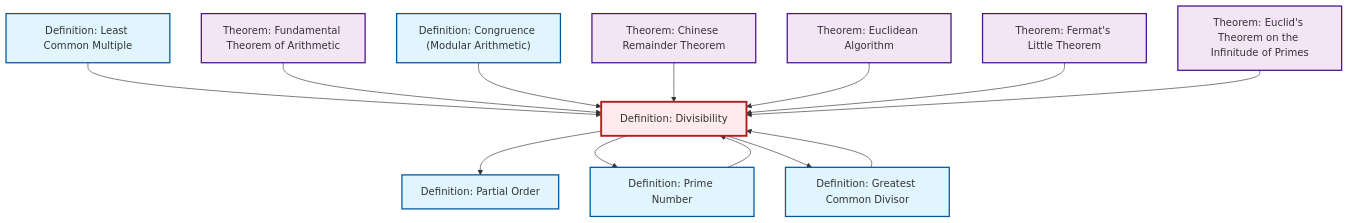
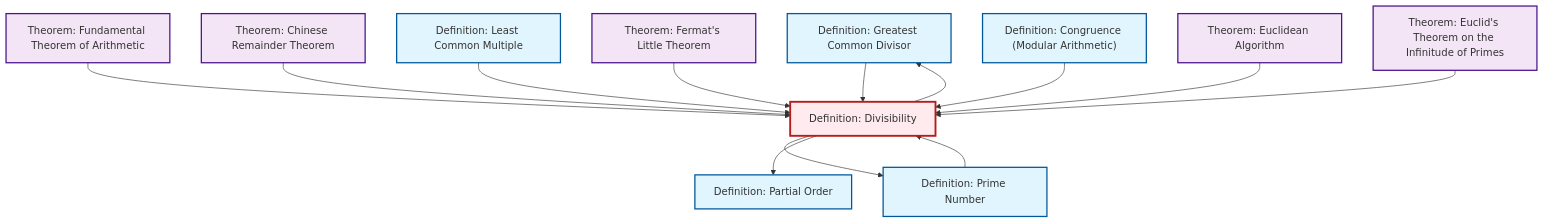
The diagram in content/en/number-theory/def-divisibility.qmd (RK0429/ModernMath), drawn with Mermaid before and after one commit. The commit also changed other lines of this file and 1012 other files, not shown here.

````diff
--- a/content/en/number-theory/def-divisibility.qmd
+++ b/content/en/number-theory/def-divisibility.qmd
@@ -88,43 +88,43 @@
 ```{mermaid}
 %%| fig-cap: "Local dependency graph"
 graph TD
     classDef definition fill:#e1f5fe,stroke:#01579b,stroke-width:2px
     classDef theorem fill:#f3e5f5,stroke:#4a148c,stroke-width:2px
     classDef axiom fill:#fff3e0,stroke:#e65100,stroke-width:2px
     classDef example fill:#e8f5e9,stroke:#1b5e20,stroke-width:2px
     classDef current fill:#ffebee,stroke:#b71c1c,stroke-width:3px
+    def-gcd["Definition: Greatest Common Divisor"]:::definition
+    thm-chinese-remainder["Theorem: Chinese Remainder Theorem"]:::theorem
     def-congruence["Definition: Congruence (Modular Arithmetic)"]:::definition
+    def-lcm["Definition: Least Common Multiple"]:::definition
+    def-partial-order["Definition: Partial Order"]:::definition
+    thm-fundamental-arithmetic["Theorem: Fundamental Theorem of Arithmetic"]:::theorem
     def-divisibility["Definition: Divisibility"]:::definition
     thm-euclid-infinitude-primes["Theorem: Euclid's Theorem on the Infinitude of Primes"]:::theorem
-    thm-fundamental-arithmetic["Theorem: Fundamental Theorem of Arithmetic"]:::theorem
     thm-euclidean-algorithm["Theorem: Euclidean Algorithm"]:::theorem
-    thm-chinese-remainder["Theorem: Chinese Remainder Theorem"]:::theorem
     thm-fermat-little["Theorem: Fermat's Little Theorem"]:::theorem
-    def-partial-order["Definition: Partial Order"]:::definition
-    def-gcd["Definition: Greatest Common Divisor"]:::definition
-    def-lcm["Definition: Least Common Multiple"]:::definition
     def-prime["Definition: Prime Number"]:::definition
-    def-lcm --> def-divisibility
-    def-divisibility --> def-partial-order
     thm-fundamental-arithmetic --> def-divisibility
     def-divisibility --> def-prime
+    def-divisibility --> def-gcd
+    thm-chinese-remainder --> def-divisibility
+    def-gcd --> def-divisibility
+    def-lcm --> def-divisibility
+    def-prime --> def-divisibility
+    thm-fermat-little --> def-divisibility
     def-congruence --> def-divisibility
-    thm-chinese-remainder --> def-divisibility
+    def-divisibility --> def-partial-order
     thm-euclidean-algorithm --> def-divisibility
-    def-gcd --> def-divisibility
-    thm-fermat-little --> def-divisibility
-    def-prime --> def-divisibility
     thm-euclid-infinitude-primes --> def-divisibility
-    def-divisibility --> def-gcd
     class def-divisibility current
+    click def-gcd "def-gcd.html" "Go to Greatest Common Divisor definition"
+    click thm-chinese-remainder "thm-chinese-remainder.html" "Go to Chinese Remainder Theorem theorem"
     click def-congruence "def-congruence.html" "Go to Congruence (Modular Arithmetic) definition"
+    click def-lcm "def-lcm.html" "Go to Least Common Multiple definition"
+    click def-partial-order "def-partial-order.html" "Go to Partial Order definition"
+    click thm-fundamental-arithmetic "thm-fundamental-arithmetic.html" "Go to Fundamental Theorem of Arithmetic theorem"
     click thm-euclid-infinitude-primes "thm-euclid-infinitude-primes.html" "Go to Euclid's Theorem on the Infinitude of Primes theorem"
-    click thm-fundamental-arithmetic "thm-fundamental-arithmetic.html" "Go to Fundamental Theorem of Arithmetic theorem"
     click thm-euclidean-algorithm "thm-euclidean-algorithm.html" "Go to Euclidean Algorithm theorem"
-    click thm-chinese-remainder "thm-chinese-remainder.html" "Go to Chinese Remainder Theorem theorem"
     click thm-fermat-little "thm-fermat-little.html" "Go to Fermat's Little Theorem theorem"
-    click def-partial-order "def-partial-order.html" "Go to Partial Order definition"
-    click def-gcd "def-gcd.html" "Go to Greatest Common Divisor definition"
-    click def-lcm "def-lcm.html" "Go to Least Common Multiple definition"
     click def-prime "def-prime.html" "Go to Prime Number definition"
 ```
````
